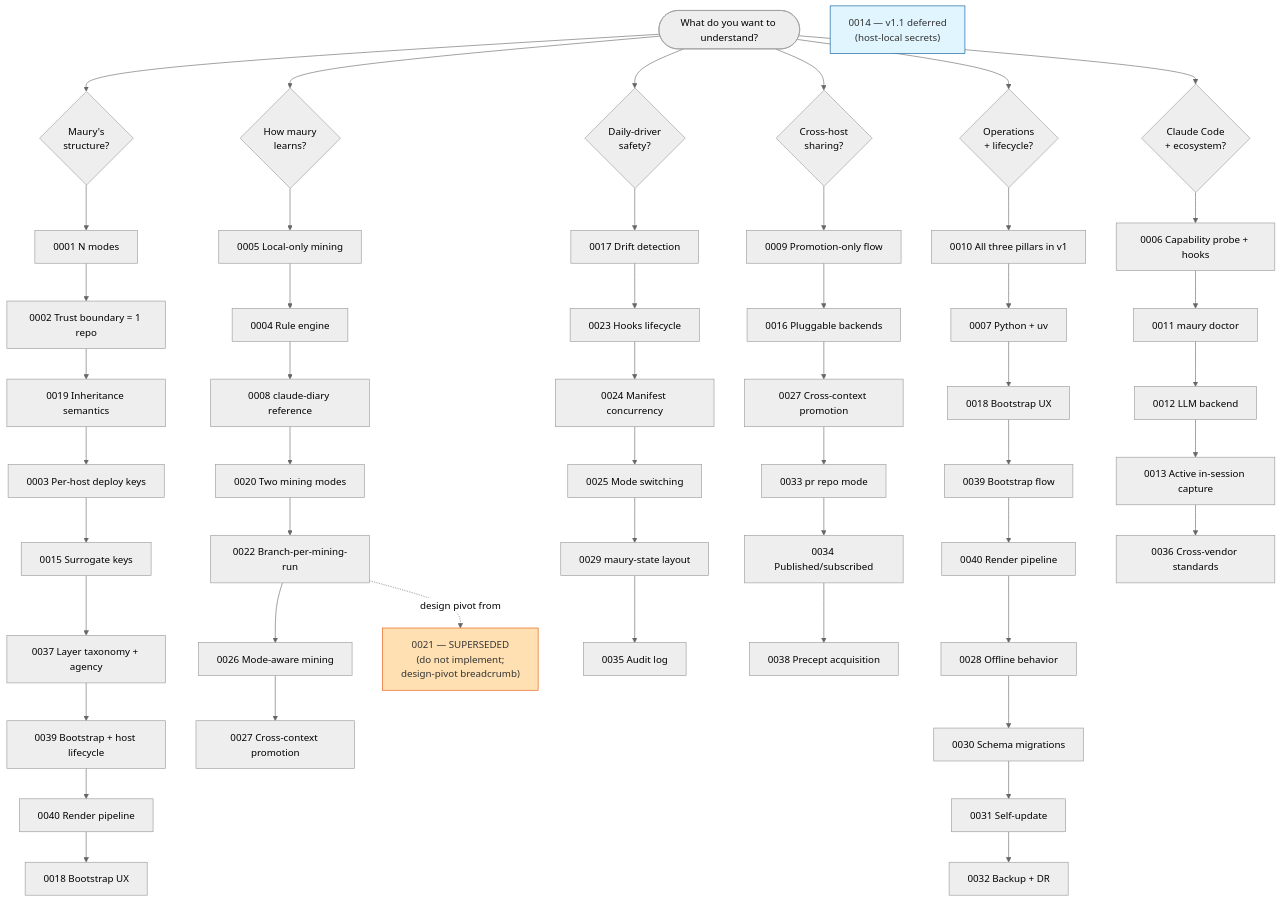
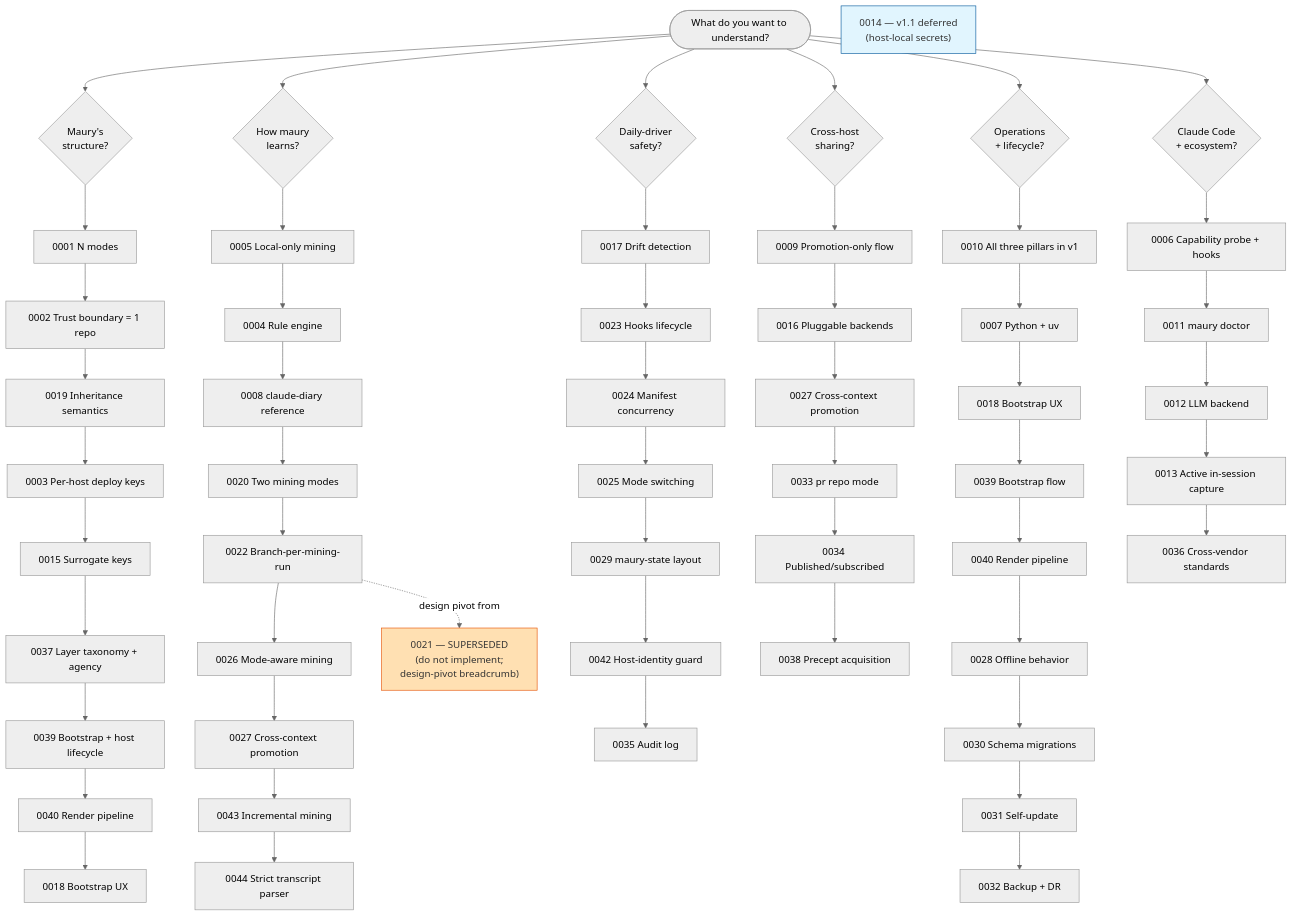
Before and after one commit to csmarshall/maury: the diagram in docs/adr/README.md, drawn with Mermaid (neutral theme). The commit also changed other lines of this file and 11 other files, not shown here.

````diff
--- a/docs/adr/README.md
+++ b/docs/adr/README.md
@@ -23,69 +23,72 @@
 ```mermaid
 flowchart TD
     Start([What do you want to understand?])
 
     Start --> P1{Maury's<br/>structure?}
     Start --> P2{How maury<br/>learns?}
     Start --> P3{Daily-driver<br/>safety?}
     Start --> P4{Cross-host<br/>sharing?}
     Start --> P5{Operations<br/>+ lifecycle?}
     Start --> P6{Claude Code<br/>+ ecosystem?}
 
     P1 --> A0001[0001 N modes]
     A0001 --> A0002[0002 Trust boundary = 1 repo]
     A0002 --> A0019[0019 Inheritance semantics]
     A0019 --> A0003[0003 Per-host deploy keys]
     A0003 --> A0015[0015 Surrogate keys]
     A0015 --> A0037[0037 Layer taxonomy + agency]
     A0037 --> A0039a[0039 Bootstrap + host lifecycle]
     A0039a --> A0040a[0040 Render pipeline]
     A0040a --> A0018a[0018 Bootstrap UX]
 
     P2 --> A0005[0005 Local-only mining]
     A0005 --> A0004[0004 Rule engine]
     A0004 --> A0008[0008 claude-diary reference]
     A0008 --> A0020[0020 Two mining modes]
     A0020 --> A0022[0022 Branch-per-mining-run]
     A0022 --> A0026[0026 Mode-aware mining]
     A0026 --> A0027a[0027 Cross-context promotion]
+    A0027a --> A0043[0043 Incremental mining]
+    A0043 --> A0044[0044 Strict transcript parser]
 
     P3 --> A0017[0017 Drift detection]
     A0017 --> A0023[0023 Hooks lifecycle]
     A0023 --> A0024[0024 Manifest concurrency]
     A0024 --> A0025[0025 Mode switching]
     A0025 --> A0029[0029 maury-state layout]
-    A0029 --> A0035[0035 Audit log]
+    A0029 --> A0042[0042 Host-identity guard]
+    A0042 --> A0035[0035 Audit log]
 
     P4 --> A0009[0009 Promotion-only flow]
     A0009 --> A0016[0016 Pluggable backends]
     A0016 --> A0027b[0027 Cross-context promotion]
     A0027b --> A0033[0033 pr repo mode]
     A0033 --> A0034[0034 Published/subscribed]
     A0034 --> A0038[0038 Precept acquisition]
 
     P5 --> A0010[0010 All three pillars in v1]
     A0010 --> A0007[0007 Python + uv]
     A0007 --> A0018b[0018 Bootstrap UX]
     A0018b --> A0039b[0039 Bootstrap flow]
     A0039b --> A0040b[0040 Render pipeline]
     A0040b --> A0028[0028 Offline behavior]
     A0028 --> A0030[0030 Schema migrations]
     A0030 --> A0031[0031 Self-update]
     A0031 --> A0032[0032 Backup + DR]
 
     P6 --> A0006[0006 Capability probe + hooks]
     A0006 --> A0011[0011 maury doctor]
     A0011 --> A0012[0012 LLM backend]
     A0012 --> A0013[0013 Active in-session capture]
     A0013 --> A0036[0036 Cross-vendor standards]
 
     Note0021["0021 — SUPERSEDED<br/>(do not implement;<br/>design-pivot breadcrumb)"]
     A0022 -.->|design pivot from| Note0021
 
     Note0014["0014 — v1.1 deferred<br/>(host-local secrets)"]
 
     classDef superseded fill:#ffe0b2,stroke:#e65100,color:#333
     classDef deferred fill:#e1f5fe,stroke:#01579b,color:#333
     class Note0021 superseded
     class Note0014 deferred
 ```
````
